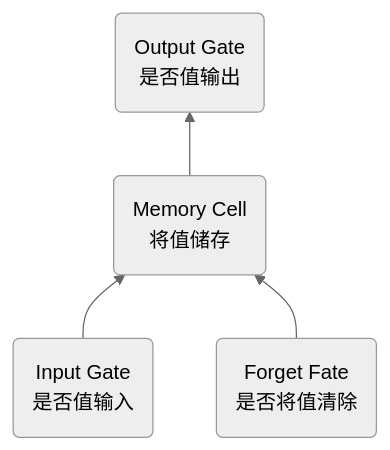
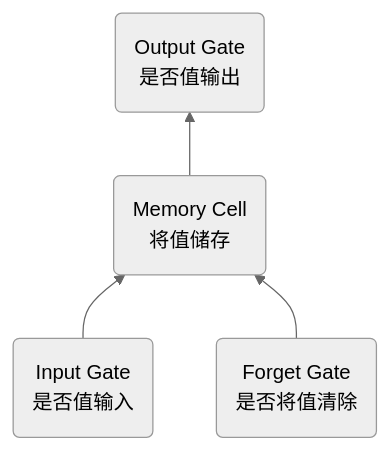
The diagram in 人工智能基础与应用/10.循环神经网络.md (chai-mi/note), drawn with Mermaid (neutral theme) before and after one commit. The commit also changed 4 other files, not shown here.

````diff
--- a/人工智能基础与应用/10.循环神经网络.md
+++ b/人工智能基础与应用/10.循环神经网络.md
@@ -125,5 +125,5 @@
 ```mermaid
 graph BT;
     I("`Input Gate <br/> 是否值输入`") --> M("`Memory Cell <br/> 将值储存`") --> O("`Output Gate <br/> 是否值输出`")
-    F("`Forget Fate <br/> 是否将值清除`") --> M
+    F("`Forget Gate <br/> 是否将值清除`") --> M
 ```
````
